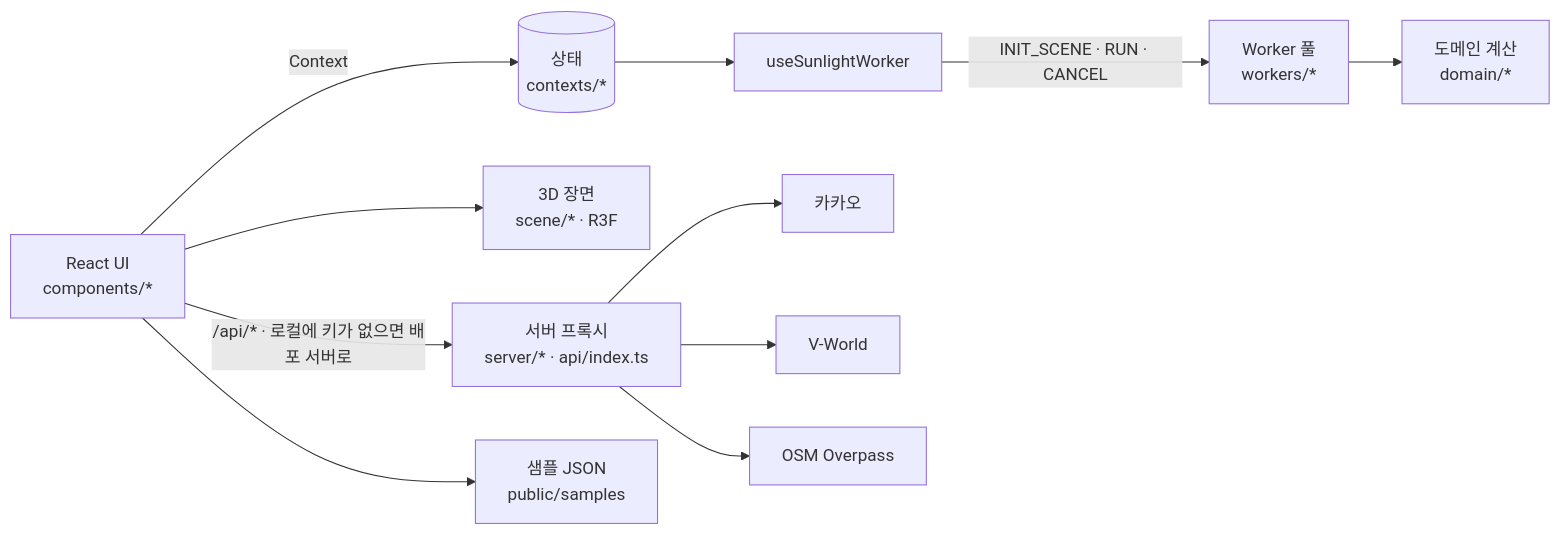
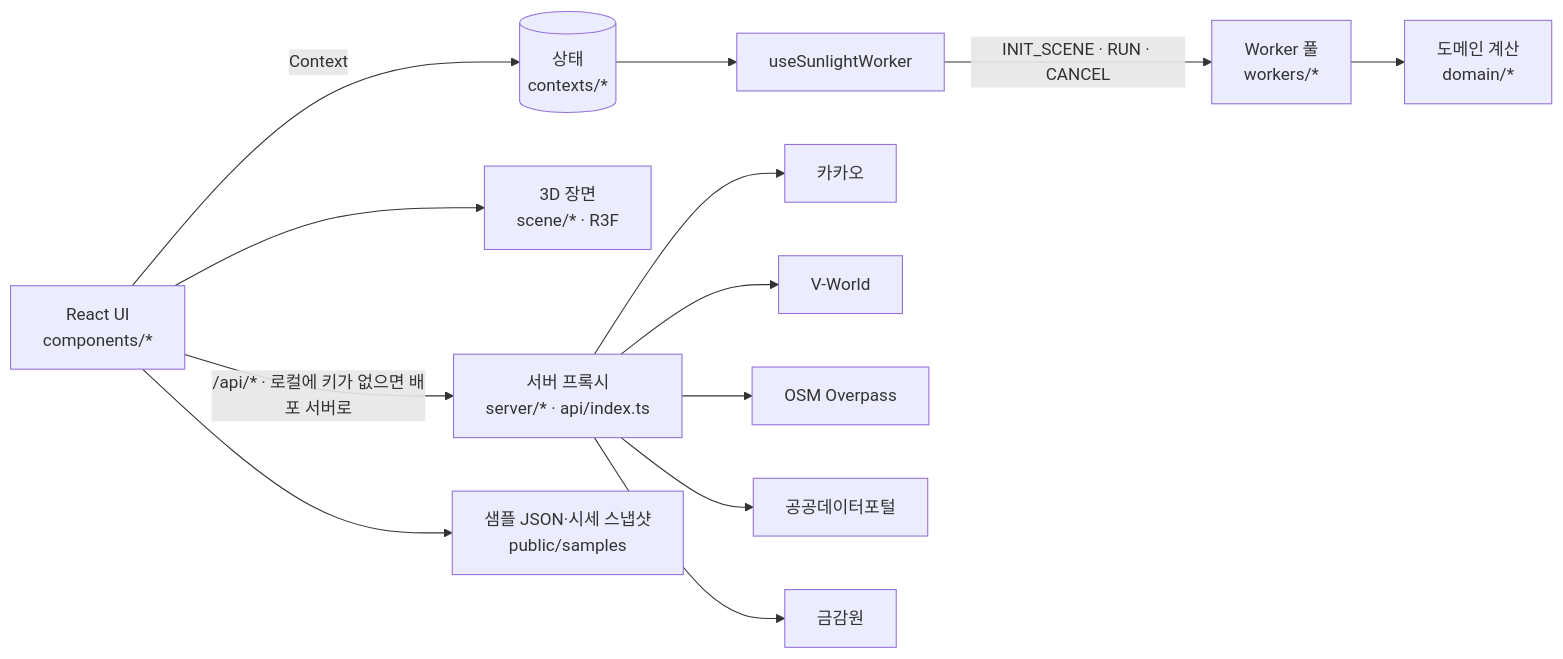
Before and after one commit to LEEmoonyong/real-estate-analysis: the diagram in README.md, drawn with Mermaid. The commit also changed other lines of this file, not shown here.

Commit message:
docs: X7 반영 — 샘플 스냅샷, 점검 결과, 재배포

````diff
--- a/README.md
+++ b/README.md
@@ -216,11 +229,11 @@
 ```mermaid
 flowchart LR
   UI[React UI<br/>components/*] -->|Context| ST[(상태<br/>contexts/*)]
   UI --> SC[3D 장면<br/>scene/* · R3F]
   ST --> HK[useSunlightWorker]
   HK -->|INIT_SCENE · RUN · CANCEL| WP[Worker 풀<br/>workers/*]
   WP --> DM[도메인 계산<br/>domain/*]
   UI -->|/api/* · 로컬에 키가 없으면 배포 서버로| SV[서버 프록시<br/>server/* · api/index.ts]
-  SV --> K[카카오] & V[V-World] & O[OSM Overpass]
-  UI --> SM[샘플 JSON<br/>public/samples]
+  SV --> K[카카오] & V[V-World] & O[OSM Overpass] & G[공공데이터포털] & F[금감원]
+  UI --> SM[샘플 JSON·시세 스냅샷<br/>public/samples]
 ```
````
